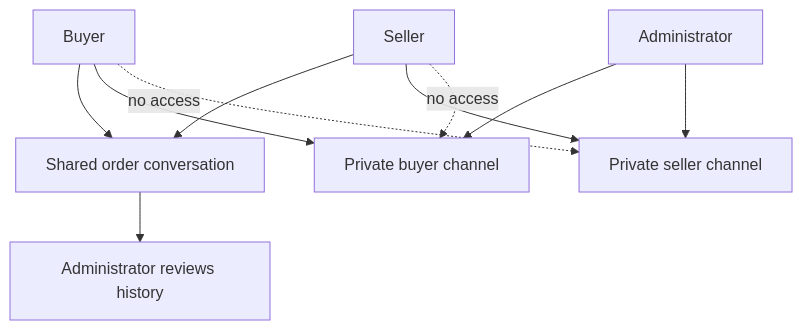
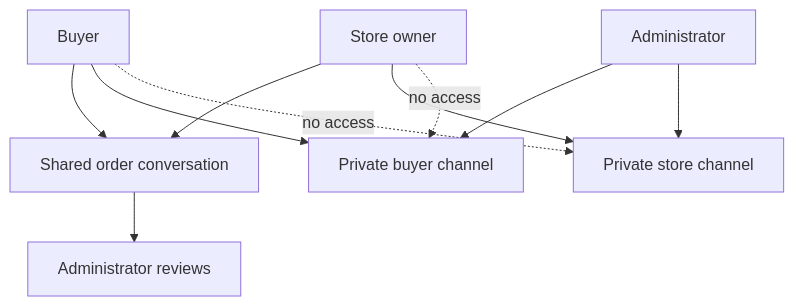
The second of 2 diagrams in openwiki/workflows/after-sales-disputes.md (Schneider-Gr/industria24hIA), drawn with Mermaid before and after one commit. The commit also changed other lines of this file and 32 other files, not shown here.

````diff
--- a/openwiki/workflows/after-sales-disputes.md
+++ b/openwiki/workflows/after-sales-disputes.md
@@ -124,12 +140,12 @@
 ```mermaid
 flowchart TD
     Buyer[Buyer] --> Shared[Shared order conversation]
-    Seller[Seller] --> Shared
-    Shared --> Review[Administrator reviews history]
+    Seller[Store owner] --> Shared
+    Shared --> AdminReview[Administrator reviews]
     Buyer --> BuyerChannel[Private buyer channel]
     Admin[Administrator] --> BuyerChannel
-    Seller --> SellerChannel[Private seller channel]
+    Seller --> SellerChannel[Private store channel]
     Admin --> SellerChannel
     Buyer -. no access .-> SellerChannel
     Seller -. no access .-> BuyerChannel
 ```
````
